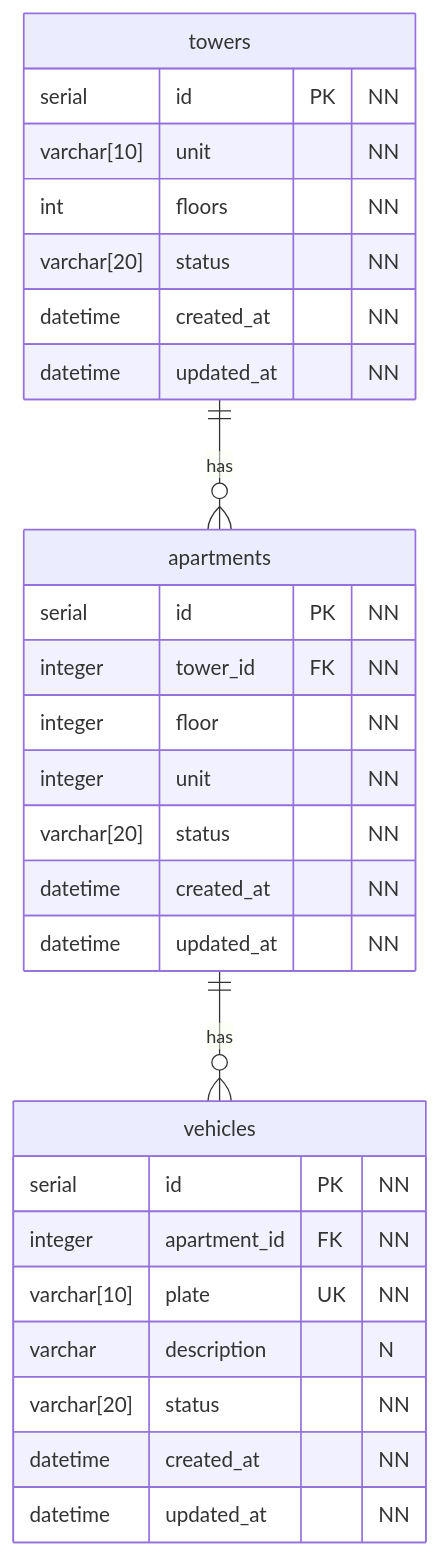
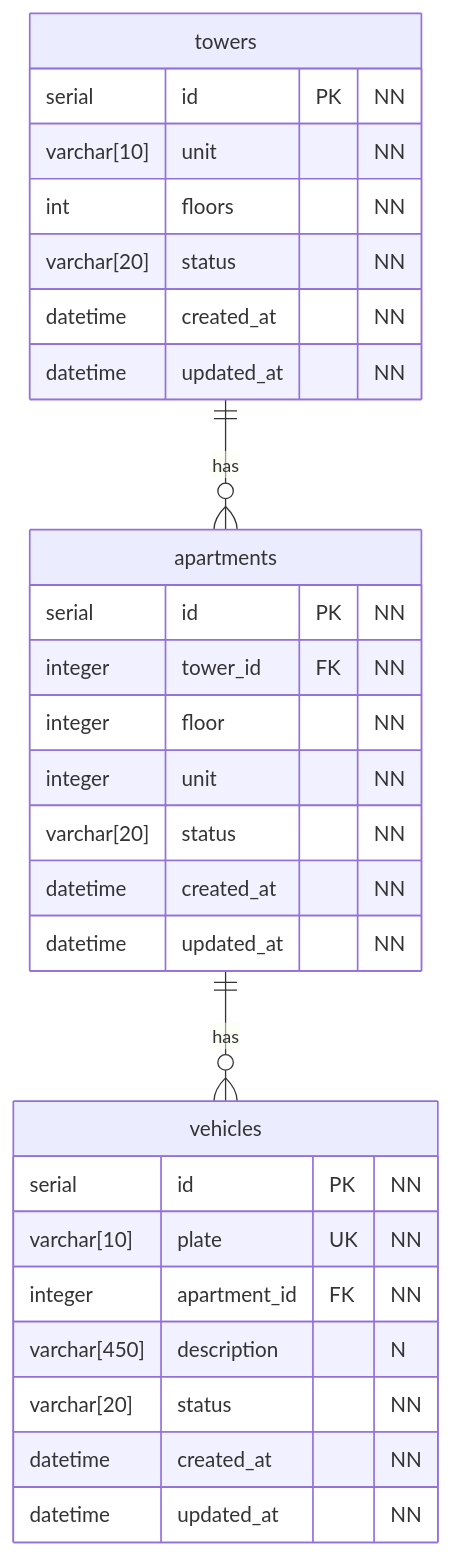
The diagram in docs/db.md (Juandiego001/parking-ai), drawn with Mermaid before and after one commit. The commit also changed 21 other files, not shown here.

````diff
--- a/docs/db.md
+++ b/docs/db.md
@@ -3,38 +3,38 @@
 ```mermaid
 erDiagram
     vehicles
     apartments
     towers
 
     towers {
         serial id PK "NN"
         varchar[10] unit "NN"
         int floors "NN"
         varchar[20] status "NN"
         datetime created_at "NN"
         datetime updated_at "NN"
     }
 
     apartments {
         serial id PK "NN"
         integer tower_id FK "NN"
         integer floor "NN"
         integer unit "NN"
         varchar[20] status "NN"
         datetime created_at "NN"
         datetime updated_at "NN"
     }
 
     vehicles {
         serial id PK "NN"
+        varchar[10] plate UK "NN"
         integer apartment_id FK "NN"
-        varchar[10] plate UK "NN"
-        varchar description "N"
+        varchar[450] description "N"
         varchar[20] status "NN"
         datetime created_at "NN"
-        datetime updated_at "NN" 
+        datetime updated_at "NN"
     }
 
     towers ||--o{ apartments : has
     apartments ||--o{ vehicles : has
 ```
````
